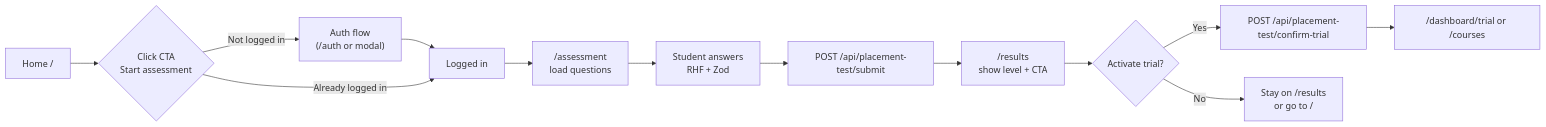
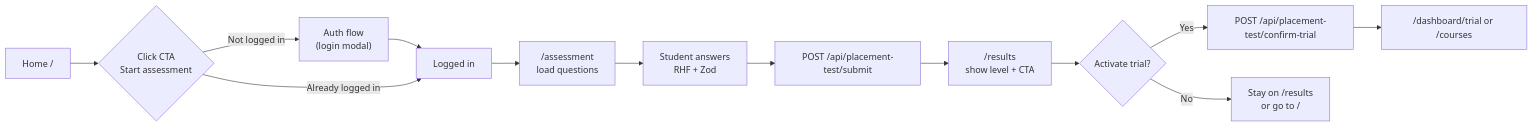
Before and after one commit to annnsvm/buero.de: the first of 7 diagrams in buero-frontend/docs/frontend-flows.md, drawn with Mermaid. The commit also changed other lines of this file and 10 other files, not shown here.

````diff
--- a/buero-frontend/docs/frontend-flows.md
+++ b/buero-frontend/docs/frontend-flows.md
@@ -37,16 +37,16 @@
 ```mermaid
 flowchart LR
   A["Home /"] --> B{"Click CTA<br/>Start assessment"}
-  B -->|Not logged in| C["Auth flow<br/>(/auth or modal)"]
+  B -->|Not logged in| C["Auth flow<br/>(login modal)"]
   C --> D["Logged in"]
   B -->|Already logged in| D
 
   D --> E["/assessment<br/>load questions"]
   E --> F["Student answers<br/>RHF + Zod"]
   F --> G["POST /api/placement-test/submit"]
   G --> H["/results<br/>show level + CTA"]
   H --> I{"Activate trial?"}
   I -->|Yes| J["POST /api/placement-test/confirm-trial"]
   J --> K["/dashboard/trial or /courses"]
   I -->|No| L["Stay on /results<br/>or go to /"]
 ```
````
